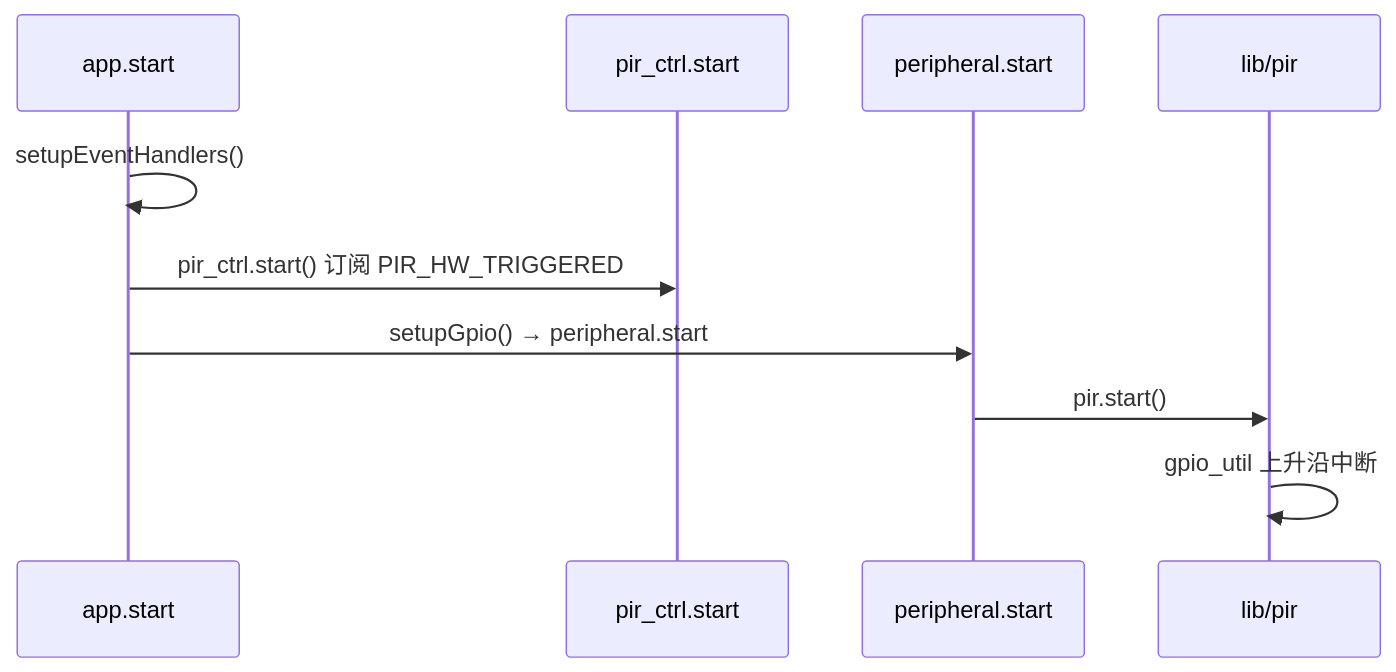
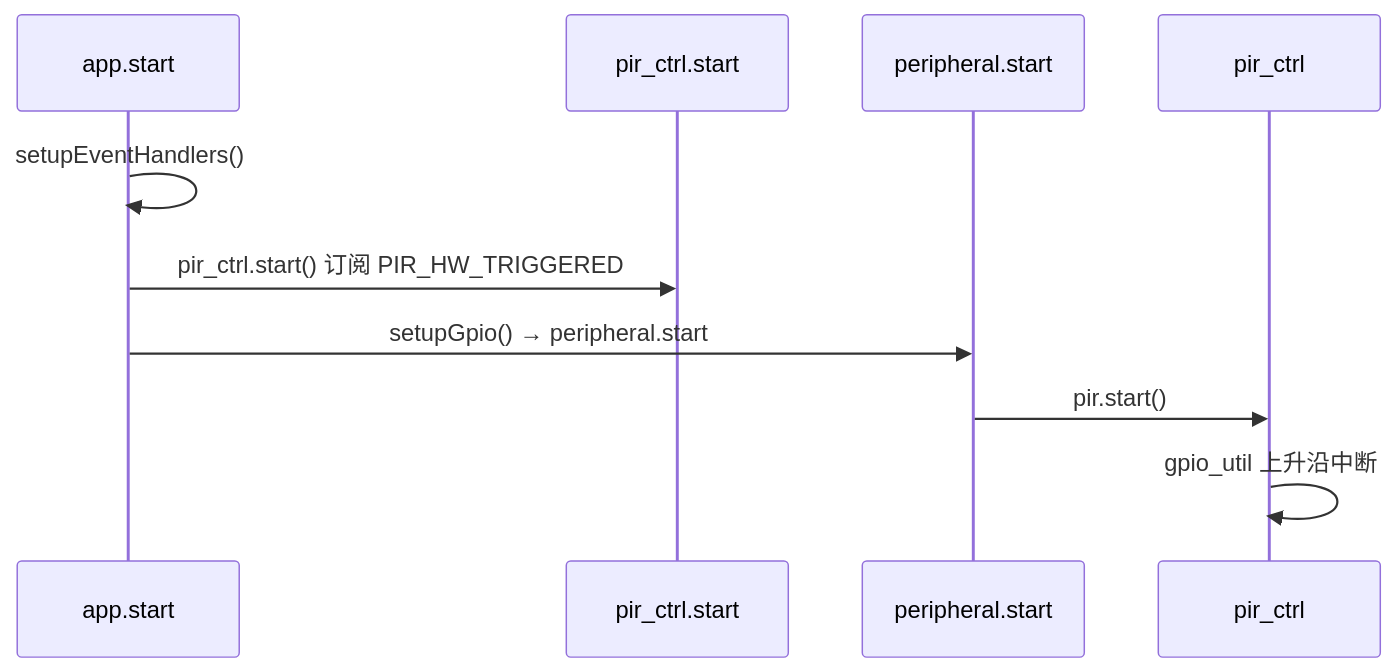
The third of 4 diagrams in doc/PIR_HARDWARE.md (dzr1986/AIR780EHM), drawn with Mermaid before and after one commit. The commit also changed other lines of this file and 80 other files, not shown here.

````diff
--- a/doc/PIR_HARDWARE.md
+++ b/doc/PIR_HARDWARE.md
@@ -139,13 +139,13 @@
 ```mermaid
 sequenceDiagram
     participant APP as app.start
     participant PC as pir_ctrl.start
     participant PER as peripheral.start
-    participant PIR as lib/pir
+    participant PIR as pir_ctrl
 
     APP->>APP: setupEventHandlers()
     APP->>PC: pir_ctrl.start() 订阅 PIR_HW_TRIGGERED
     APP->>PER: setupGpio() → peripheral.start
     PER->>PIR: pir.start()
     PIR->>PIR: gpio_util 上升沿中断
 ```
````
